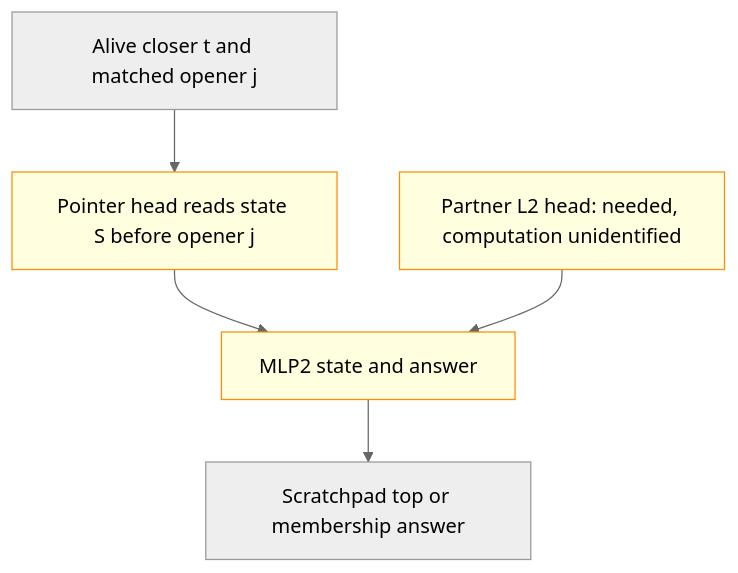
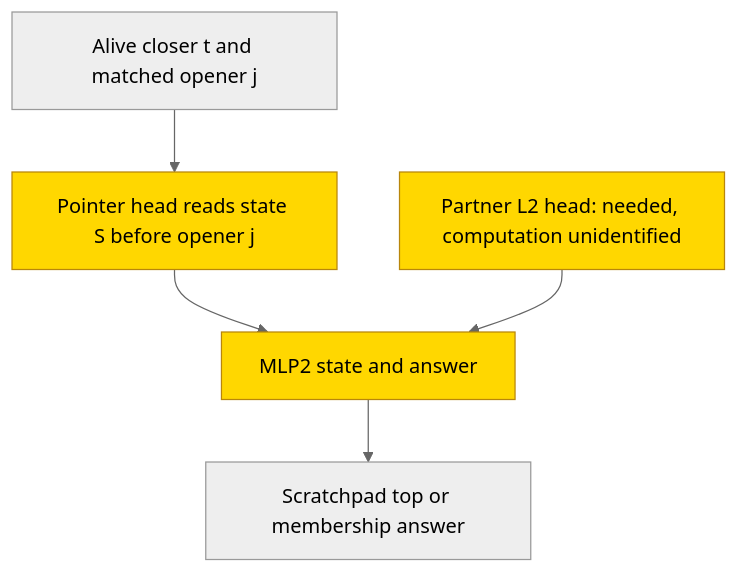
One commit to jc1122/mechanistic-interpretability-circuit-atlas changed the second of 2 diagrams in entries/dyck-k-and-agreement.md. Above: the diagram before and after it, drawn with Mermaid (neutral theme). The commit also changed other lines of this file and 40 other files, not shown here.

First line of the commit message:
Cold-reader pass on all 41 entries: reading routes, first-screen scopes, accessible diagrams, verified headline sources (ux_reader1/2)

````diff
--- a/entries/dyck-k-and-agreement.md
+++ b/entries/dyck-k-and-agreement.md
@@ -139,9 +145,11 @@
 ```mermaid
 flowchart TD
+    accTitle: Partial pre-opener-state pointer with unidentified partner
+    accDescr: At a valid closer, the proposed pointer copies the state written before its matching opener. A needed partner head also feeds the final state MLP, but its computation is unidentified. All marked heads and MLP are trained. Status is partial: pointer substitution passes only the named seeds and partner resampling fails; native address computation is not proved.
   A["Alive closer t and matched opener j"] --> B["Pointer head reads state S before opener j"]
   B --> D["MLP2 state and answer"]
   C["Partner L2 head: needed, computation unidentified"] --> D
   D --> E["Scratchpad top or membership answer"]
-  classDef trained fill:lightyellow,stroke:darkorange
+  classDef trained fill:gold,stroke:darkgoldenrod,color:black
   class B,C,D trained
 ```
````
